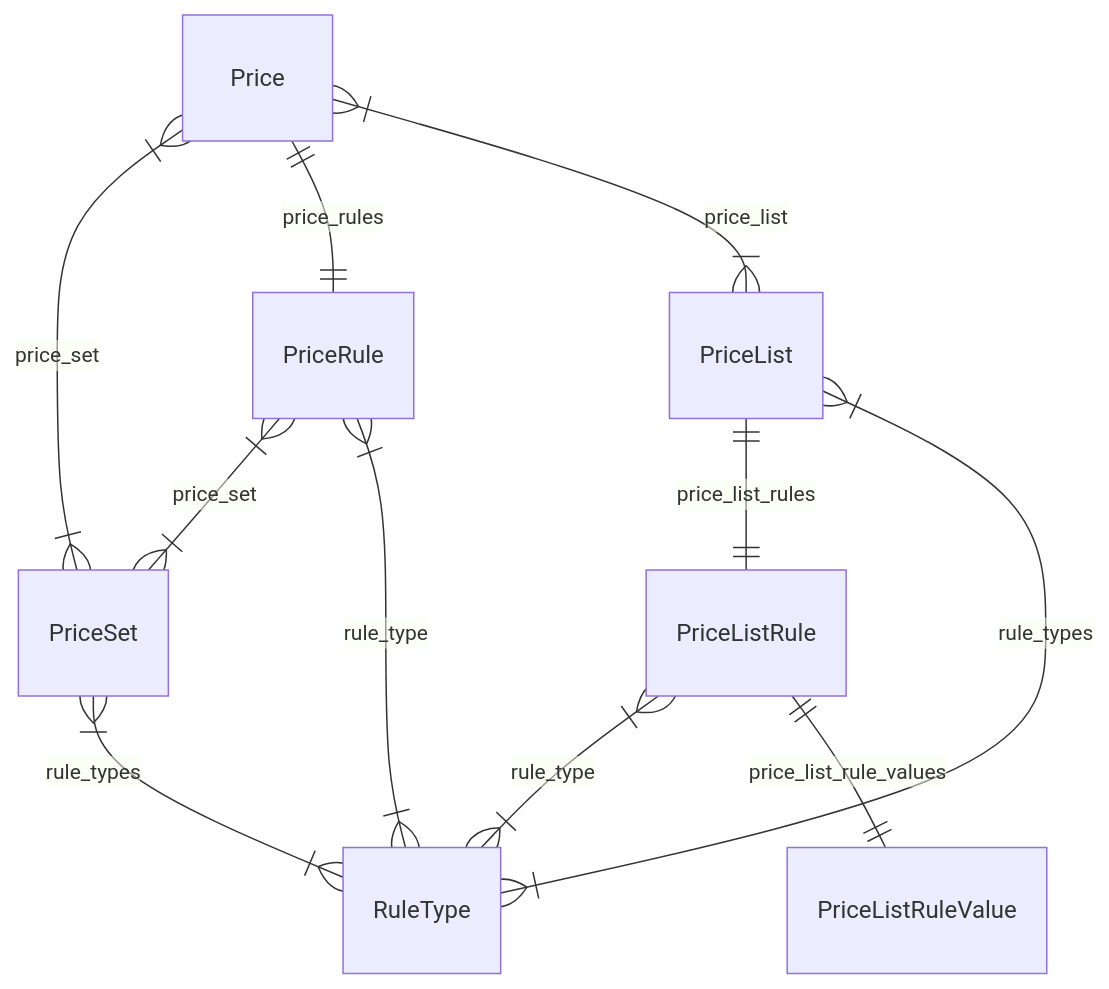
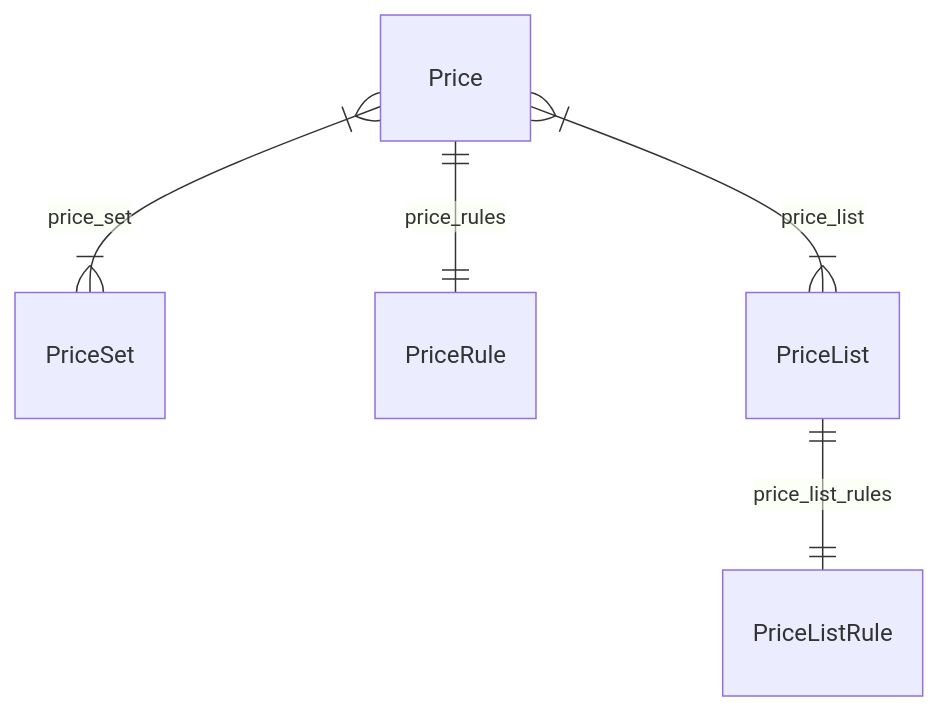
One commit to byteman0125/medusa changed the diagram in www/apps/resources/references/modules/pricing_models/page.mdx. Above: the diagram before and after it, drawn with Mermaid. The commit also changed other lines of this file and 2503 other files, not shown here.

````diff
--- a/www/apps/resources/references/modules/pricing_models/page.mdx
+++ b/www/apps/resources/references/modules/pricing_models/page.mdx
@@ -14,14 +14,8 @@
 ```mermaid
 erDiagram
 	Price }|--|{ PriceSet : price_set
 	Price ||--|| PriceRule : price_rules
 	Price }|--|{ PriceList : price_list
 	PriceList ||--|| PriceListRule : price_list_rules
-	PriceList }|--|{ RuleType : rule_types
-	PriceListRule }|--|{ RuleType : rule_type
-	PriceListRule ||--|| PriceListRuleValue : price_list_rule_values
-	PriceRule }|--|{ PriceSet : price_set
-	PriceRule }|--|{ RuleType : rule_type
-	PriceSet }|--|{ RuleType : rule_types
 
 ```
````
